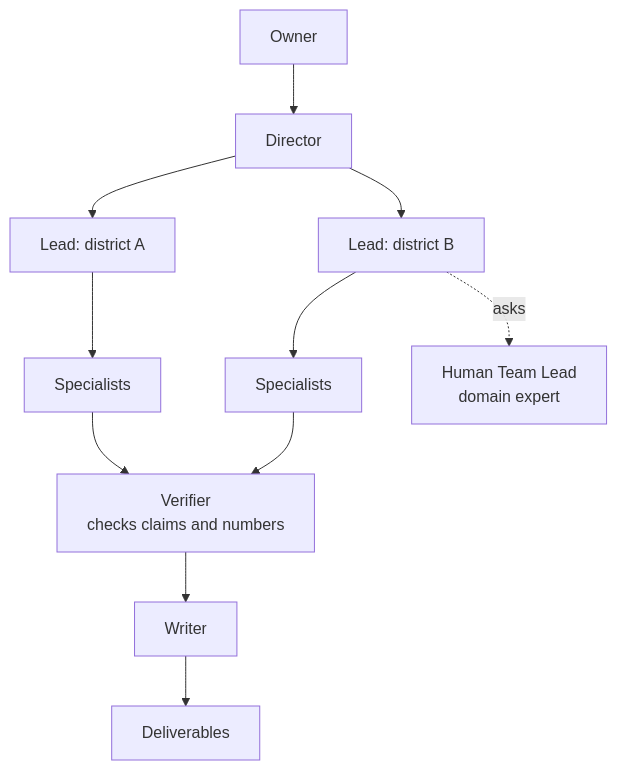
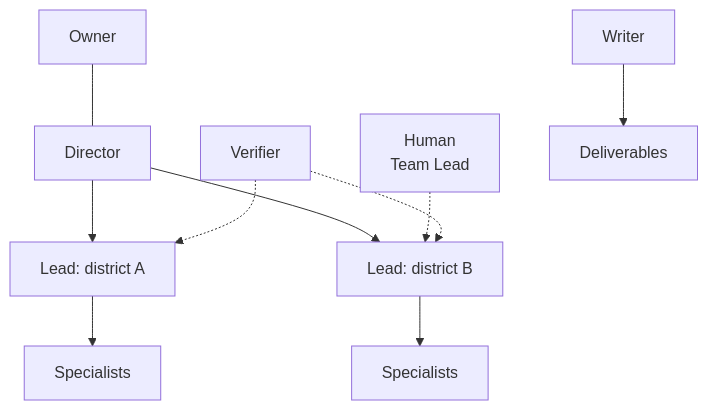
The second of 5 diagrams in README.md (spark-456/tilo), drawn with Mermaid before and after one commit. The commit also changed other lines of this file, not shown here.

First line of the commit message:
docs(readme): make the Mermaid diagrams fit the GitHub column

````diff
--- a/README.md
+++ b/README.md
@@ -159,13 +159,12 @@
 ```mermaid
 flowchart TD
-    O["Owner"] --> D["Director"]
+    O["Owner"] --- D["Director"]
     D --> L1["Lead: district A"]
     D --> L2["Lead: district B"]
+    TL["Human<br/>Team Lead"] -.-> L2
     L1 --> S1["Specialists"]
     L2 --> S2["Specialists"]
-    L2 -. "asks" .-> TL["Human Team Lead<br/>domain expert"]
-    S1 --> V["Verifier<br/>checks claims and numbers"]
-    S2 --> V
-    V --> W["Writer"]
-    W --> DD["Deliverables"]
+    V["Verifier"] -.-> L1
+    V -.-> L2
+    W["Writer"] --> DD["Deliverables"]
 ```
````
